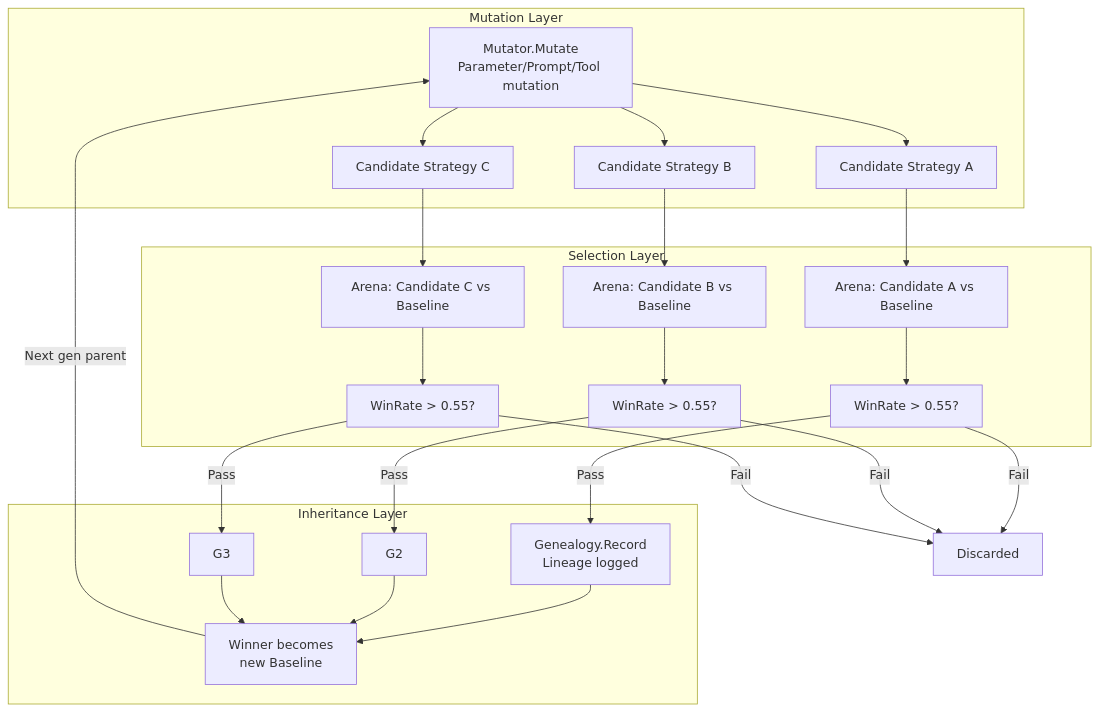
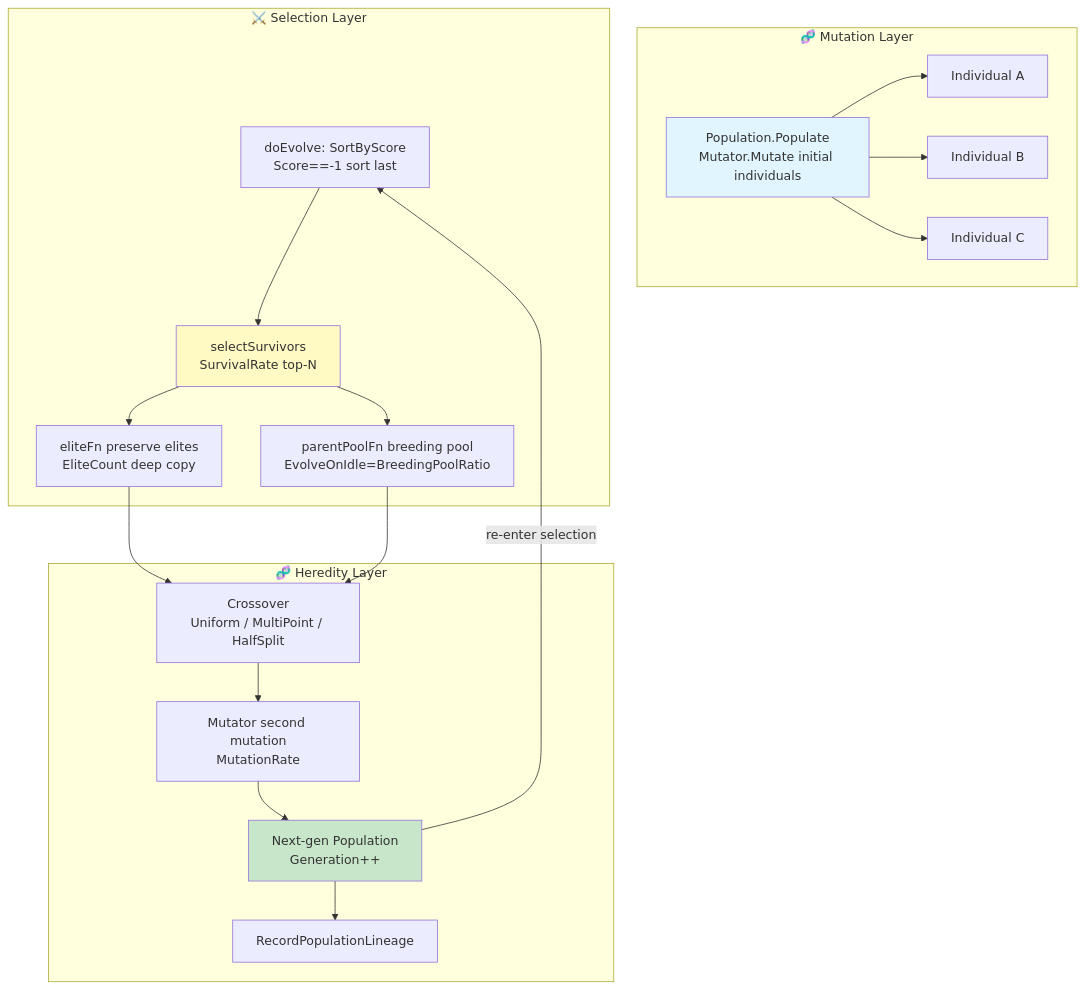
One commit to Timwood0x10/myblog changed the first of 4 diagrams in content/log/ARES/11-autonomous-evolution-deep-dive.md. Above: the diagram before and after it, drawn with Mermaid. The commit also changed other lines of this file and 33 other files, not shown here.

````diff
--- a/content/log/ARES/11-autonomous-evolution-deep-dive.md
+++ b/content/log/ARES/11-autonomous-evolution-deep-dive.md
@@ -98,36 +63,30 @@
 ```mermaid
 graph TD
-    subgraph "Mutation Layer"
-        M[Mutator.Mutate<br/>Parameter/Prompt/Tool mutation]
-        M --> C1[Candidate Strategy A]
-        M --> C2[Candidate Strategy B]
-        M --> C3[Candidate Strategy C]
+    subgraph "🧬 Mutation Layer"
+        M[Population.Populate<br/>Mutator.Mutate initial individuals]
+        M --> C1[Individual A]
+        M --> C2[Individual B]
+        M --> C3[Individual C]
     end
 
-    subgraph "Selection Layer"
-        A1[Arena: Candidate A vs Baseline]
-        A2[Arena: Candidate B vs Baseline]
-        A3[Arena: Candidate C vs Baseline]
-        C1 --> A1
-        C2 --> A2
-        C3 --> A3
-        A1 --> WR1[WinRate > 0.55?]
-        A2 --> WR2[WinRate > 0.55?]
-        A3 --> WR3[WinRate > 0.55?]
+    subgraph "⚔️ Selection Layer"
+        A[doEvolve: SortByScore<br/>Score==-1 sort last]
+        A --> S[selectSurvivors<br/>SurvivalRate top-N]
+        S --> E[eliteFn preserve elites<br/>EliteCount deep copy]
+        S --> P[parentPoolFn breeding pool<br/>EvolveOnIdle=BreedingPoolRatio]
     end
 
-    subgraph "Inheritance Layer"
-        WR1 --> |Pass| G1[Genealogy.Record<br/>Lineage logged]
-        WR2 --> |Pass| G2
-        WR3 --> |Pass| G3
-        G1 --> WIN[Winner becomes<br/>new Baseline]
-        G2 --> WIN
-        G3 --> WIN
-        WIN --> |Next gen parent| M
+    subgraph "🧬 Heredity Layer"
+        E --> C4[Crossover<br/>Uniform / MultiPoint / HalfSplit]
+        P --> C4
+        C4 --> MU[Mutator second mutation<br/>MutationRate]
+        MU --> NG[Next-gen Population<br/>Generation++]
+        NG --> R[RecordPopulationLineage]
     end
 
-    WR1 --> |Fail| DISCARD[Discarded]
-    WR2 --> |Fail| DISCARD
-    WR3 --> |Fail| DISCARD
+    NG --> |"re-enter selection"| A
 
+    style M fill:#e1f5fe
+    style S fill:#fff9c4
+    style NG fill:#c8e6c9
 ```
````
